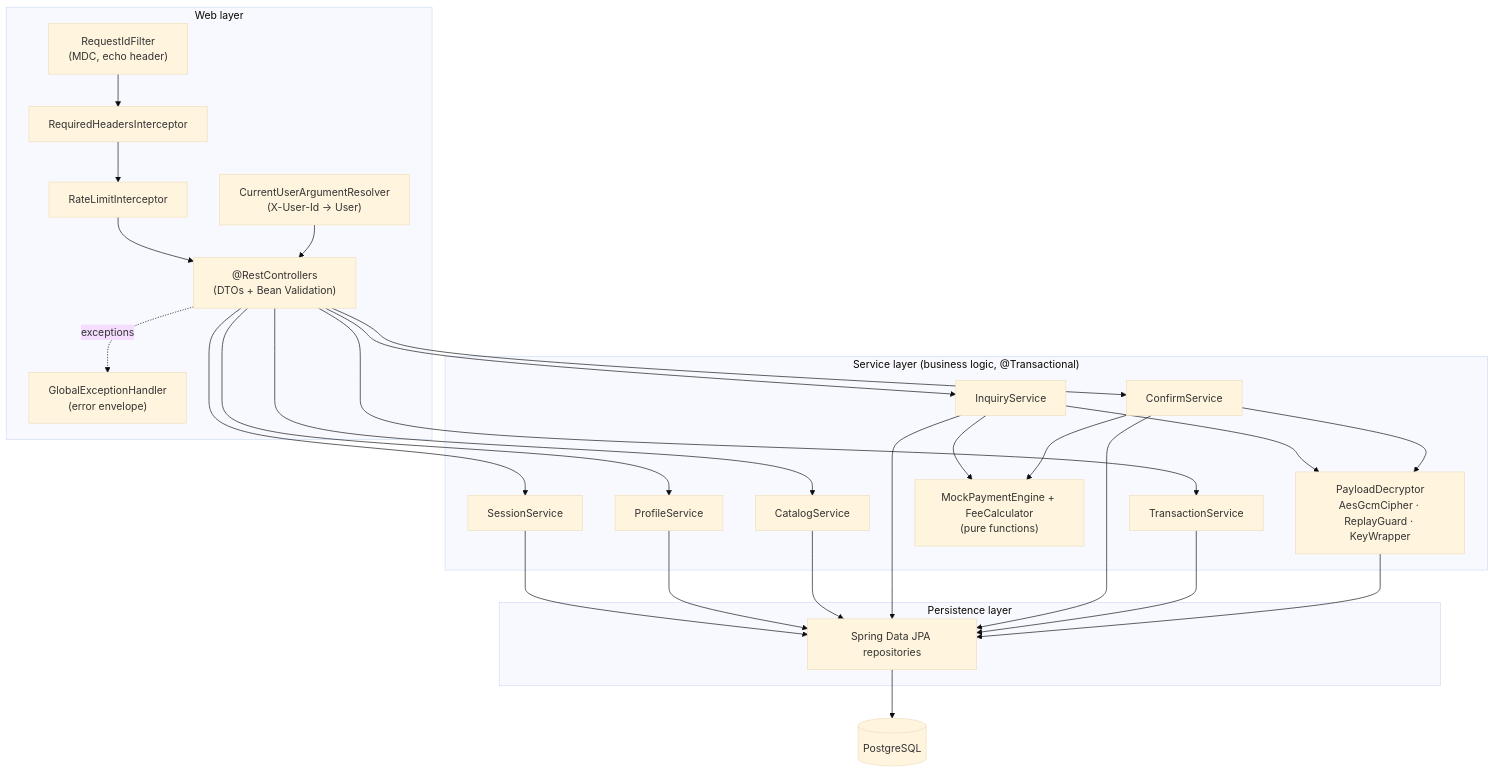
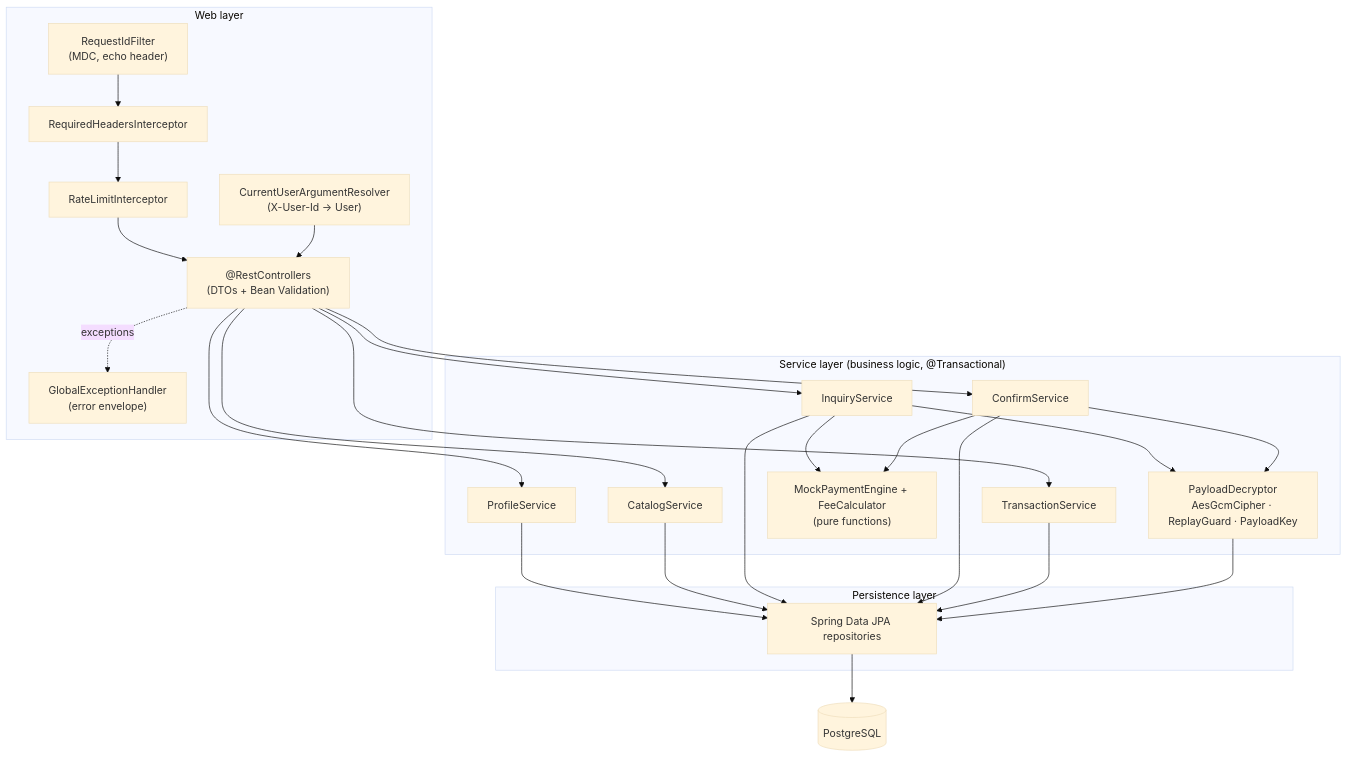
Before and after one commit to M-o-m-e-n/Momkn-pay-backend: the third of 10 diagrams in docs/HLD.md, drawn with Mermaid (base theme). The commit also changed other lines of this file and 3 other files, not shown here.

````diff
--- a/docs/HLD.md
+++ b/docs/HLD.md
@@ -117,35 +117,34 @@
 ```mermaid
 flowchart TB
     subgraph Web["Web layer"]
         F1["RequestIdFilter<br/>(MDC, echo header)"]
         I1["RequiredHeadersInterceptor"]
         I2["RateLimitInterceptor"]
         R1["CurrentUserArgumentResolver<br/>(X-User-Id → User)"]
         C["@RestControllers<br/>(DTOs + Bean Validation)"]
         EH["GlobalExceptionHandler<br/>(error envelope)"]
     end
     subgraph Service["Service layer (business logic, @Transactional)"]
-        S1["SessionService"]
         S2["ProfileService"]
         S3["CatalogService"]
         S4["InquiryService"]
         S5["ConfirmService"]
         S6["TransactionService"]
         ENG["MockPaymentEngine + FeeCalculator<br/>(pure functions)"]
-        CR["PayloadDecryptor<br/>AesGcmCipher · ReplayGuard · KeyWrapper"]
+        CR["PayloadDecryptor<br/>AesGcmCipher · ReplayGuard · PayloadKey"]
     end
     subgraph Data["Persistence layer"]
         REPO["Spring Data JPA repositories"]
     end
     DB[("PostgreSQL")]
 
     F1 --> I1 --> I2 --> C
     R1 --> C
-    C --> S1 & S2 & S3 & S4 & S5 & S6
+    C --> S2 & S3 & S4 & S5 & S6
     S4 & S5 --> CR
     S4 & S5 --> ENG
-    S1 & S2 & S3 & S4 & S5 & S6 --> REPO
+    S2 & S3 & S4 & S5 & S6 --> REPO
     CR --> REPO
     REPO --> DB
     C -. exceptions .-> EH
 ```
````
